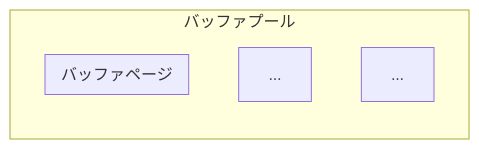
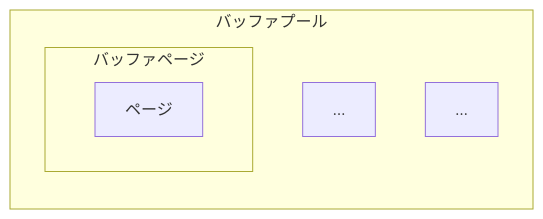
Before and after one commit to ren-yamanashi/minesql: the diagram in docs/architecture/storage/bufferpool.md, drawn with Mermaid. The commit also changed other lines of this file and 3 other files, not shown here.

````diff
--- a/docs/architecture/storage/bufferpool.md
+++ b/docs/architecture/storage/bufferpool.md
@@ -41,10 +16,11 @@
 ```mermaid
 graph TD
   subgraph bufferPool[バッファプール]
     direction TB
     subgraph flame[バッファページ]
+      page[ページ]
     end
     A[...]
     B[...]
   end
 ```
````
